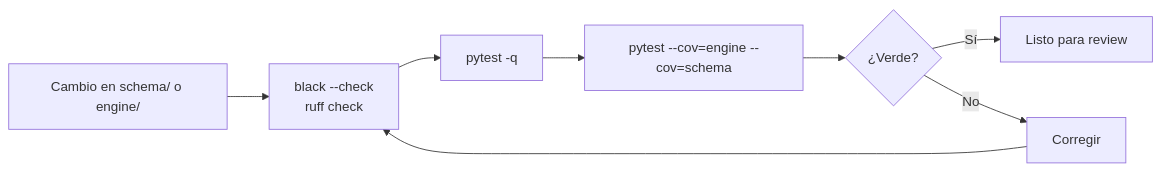
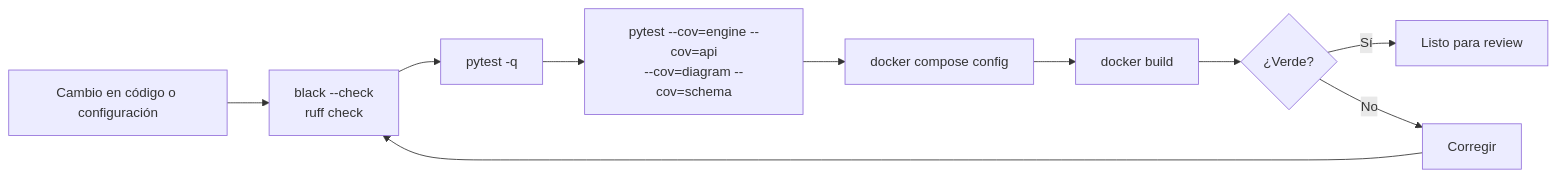
Before and after one commit to leyverAAA/InfraWise: the second of 2 diagrams in README.md, drawn with Mermaid. The commit also changed other lines of this file and 13 other files, not shown here.

````diff
--- a/README.md
+++ b/README.md
@@ -271,10 +296,12 @@
 ```mermaid
 flowchart LR
-    Code["Cambio en schema/ o engine/"] --> FMT["black --check<br/>ruff check"]
+    Code["Cambio en código o configuración"] --> FMT["black --check<br/>ruff check"]
     FMT --> VAL["pytest -q"]
-    VAL --> COV["pytest --cov=engine --cov=schema"]
-    COV --> GREEN{"¿Verde?"}
+    VAL --> COV["pytest --cov=engine --cov=api<br/>--cov=diagram --cov=schema"]
+    COV --> COMPOSE["docker compose config"]
+    COMPOSE --> IMAGE["docker build"]
+    IMAGE --> GREEN{"¿Verde?"}
     GREEN -->|Sí| Merge["Listo para review"]
     GREEN -->|No| Fix["Corregir"]
     Fix --> FMT
 ```
````
